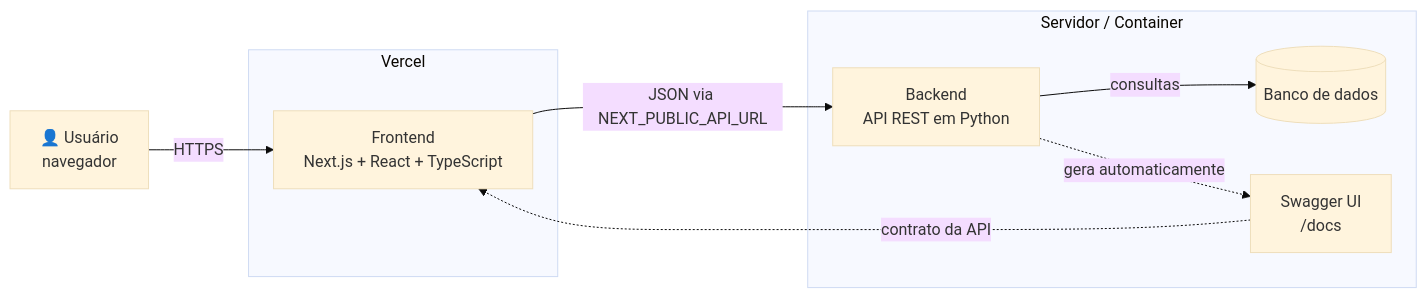
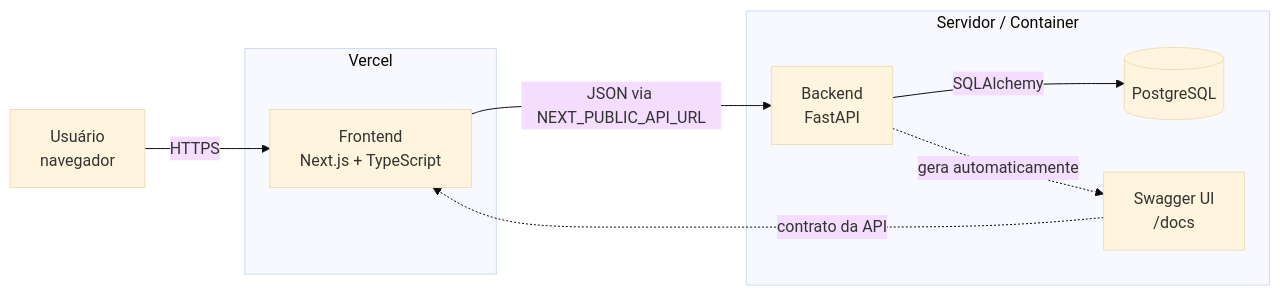
One commit to C14-Inatel-2026-2/Sistema-de-Gestao-Despesas changed the first of 3 diagrams in README.md. Above: the diagram before and after it, drawn with Mermaid (base theme). The commit also changed other lines of this file, not shown here.

````diff
--- a/README.md
+++ b/README.md
@@ -76,20 +68,20 @@
 ```mermaid
 flowchart LR
-    user["👤 Usuário<br/>navegador"]
+    user["Usuário<br/>navegador"]
 
     subgraph vercel["Vercel"]
-        front["Frontend<br/>Next.js + React + TypeScript"]
+        front["Frontend<br/>Next.js + TypeScript"]
     end
 
     subgraph infra["Servidor / Container"]
-        api["Backend<br/>API REST em Python"]
+        api["Backend<br/>FastAPI"]
         docs["Swagger UI<br/>/docs"]
-        db[("Banco de dados")]
+        db[("PostgreSQL")]
     end
 
     user -->|HTTPS| front
     front -->|"JSON via NEXT_PUBLIC_API_URL"| api
-    api -->|consultas| db
+    api -->|SQLAlchemy| db
     api -.->|gera automaticamente| docs
     docs -.->|contrato da API| front
 ```
````
